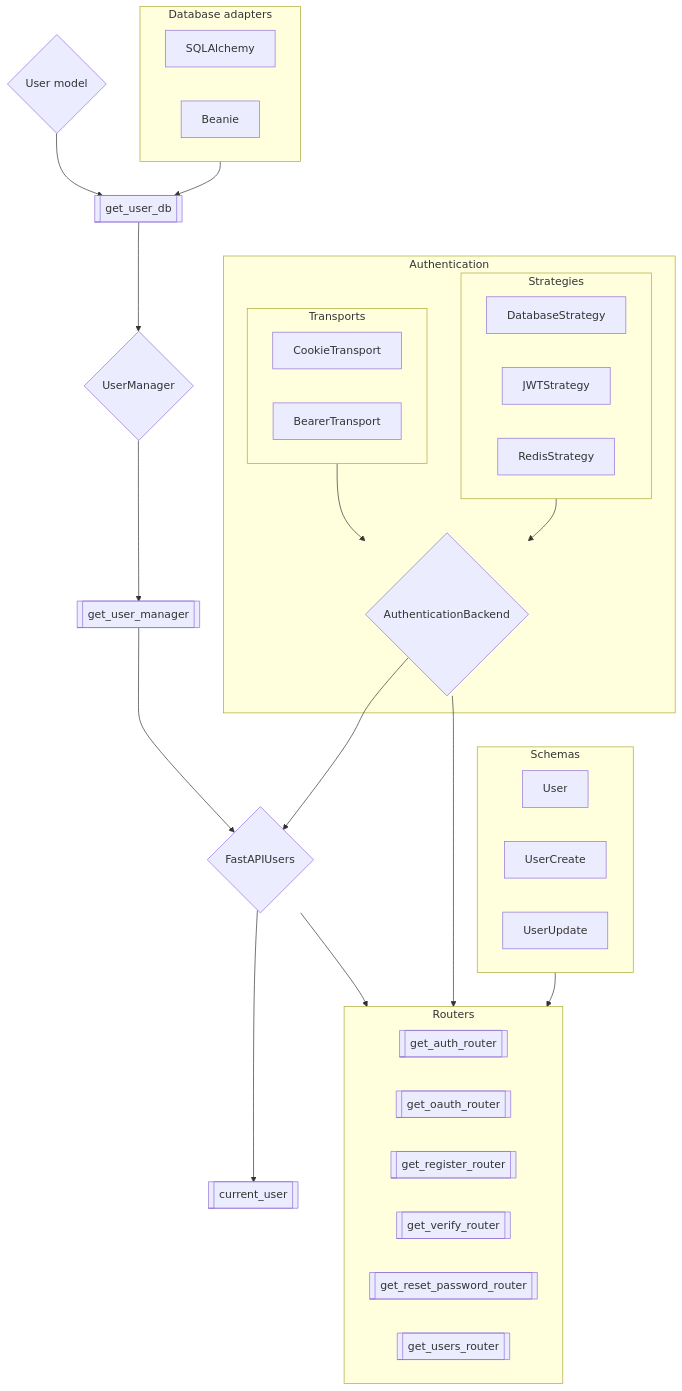
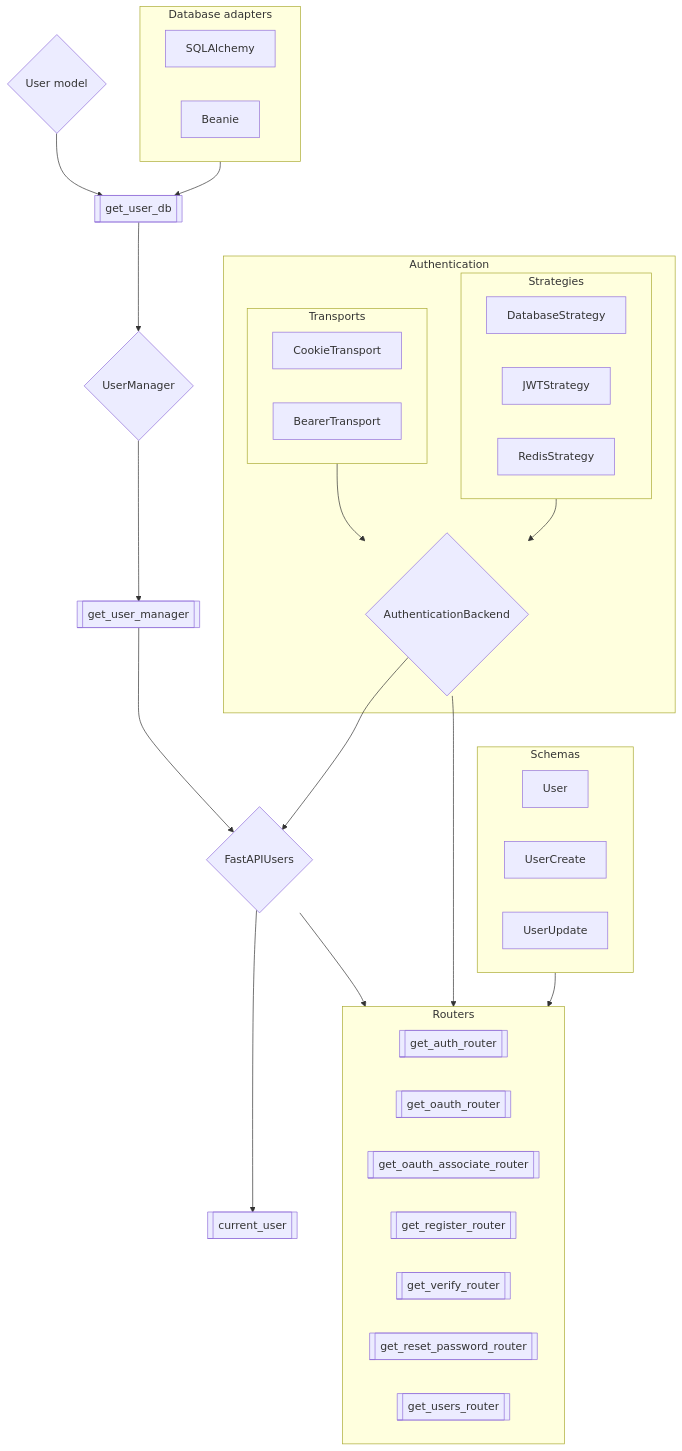
The diagram in docs/configuration/overview.md (fastapi-users/fastapi-users), drawn with Mermaid before and after one commit. The commit also changed 2 other files, not shown here.

Commit message:
Add docs for OAuth association router

````diff
--- a/docs/configuration/overview.md
+++ b/docs/configuration/overview.md
@@ -6,56 +6,57 @@
 ```mermaid
 flowchart TB
     FASTAPI_USERS{FastAPIUsers}
     USER_MANAGER{UserManager}
     USER_MODEL{User model}
     DATABASE_DEPENDENCY[[get_user_db]]
     USER_MANAGER_DEPENDENCY[[get_user_manager]]
     CURRENT_USER[[current_user]]
     subgraph SCHEMAS[Schemas]
         USER[User]
         USER_CREATE[UserCreate]
         USER_UPDATE[UserUpdate]
     end
     subgraph DATABASE[Database adapters]
         SQLALCHEMY[SQLAlchemy]
         BEANIE[Beanie]
     end
     subgraph ROUTERS[Routers]
         AUTH[[get_auth_router]]
         OAUTH[[get_oauth_router]]
+        OAUTH_ASSOCIATE[[get_oauth_associate_router]]
         REGISTER[[get_register_router]]
         VERIFY[[get_verify_router]]
         RESET[[get_reset_password_router]]
         USERS[[get_users_router]]
     end
     subgraph AUTH_BACKENDS[Authentication]
         subgraph TRANSPORTS[Transports]
             COOKIE[CookieTransport]
             BEARER[BearerTransport]
         end
         subgraph STRATEGIES[Strategies]
             DB[DatabaseStrategy]
             JWT[JWTStrategy]
             REDIS[RedisStrategy]
         end
         AUTH_BACKEND{AuthenticationBackend}
     end
     DATABASE --> DATABASE_DEPENDENCY
     USER_MODEL --> DATABASE_DEPENDENCY
     DATABASE_DEPENDENCY --> USER_MANAGER
 
     USER_MANAGER --> USER_MANAGER_DEPENDENCY
     USER_MANAGER_DEPENDENCY --> FASTAPI_USERS
 
     FASTAPI_USERS --> ROUTERS
 
     TRANSPORTS --> AUTH_BACKEND
     STRATEGIES --> AUTH_BACKEND
 
     AUTH_BACKEND --> ROUTERS
     AUTH_BACKEND --> FASTAPI_USERS
 
     FASTAPI_USERS --> CURRENT_USER
 
     SCHEMAS --> ROUTERS
 ```
````
